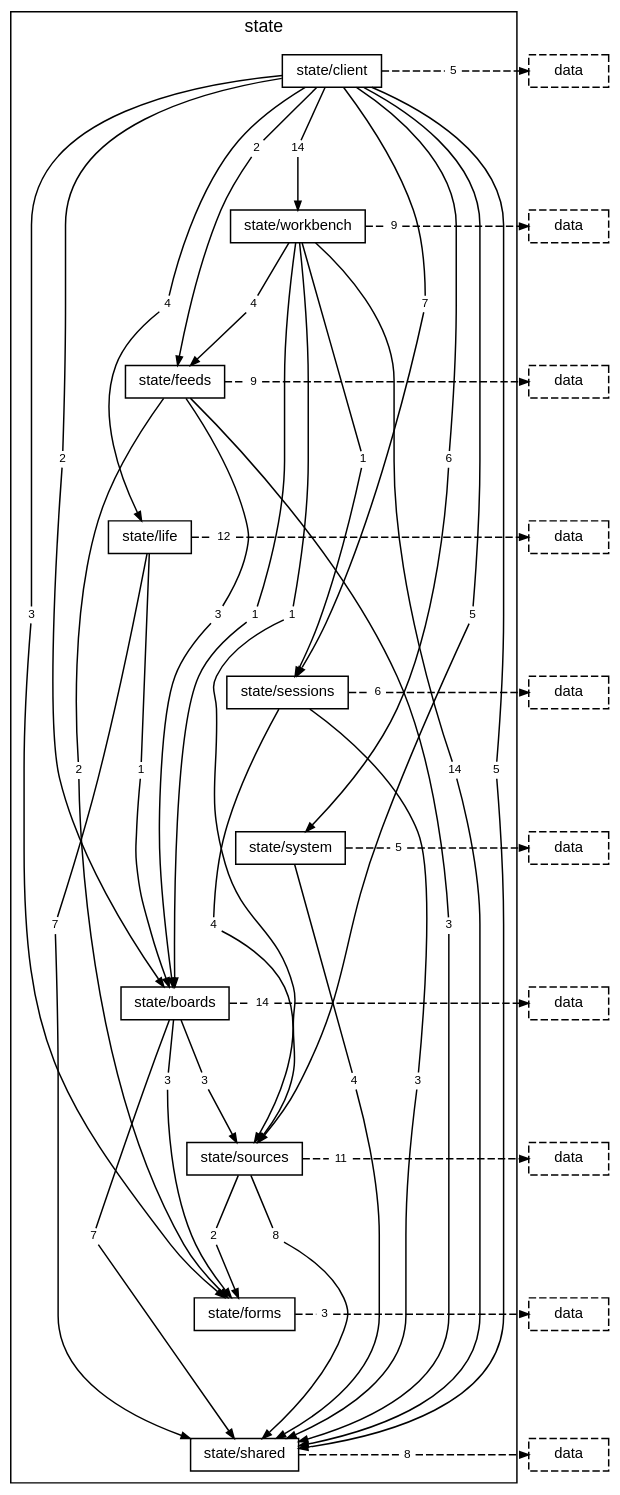
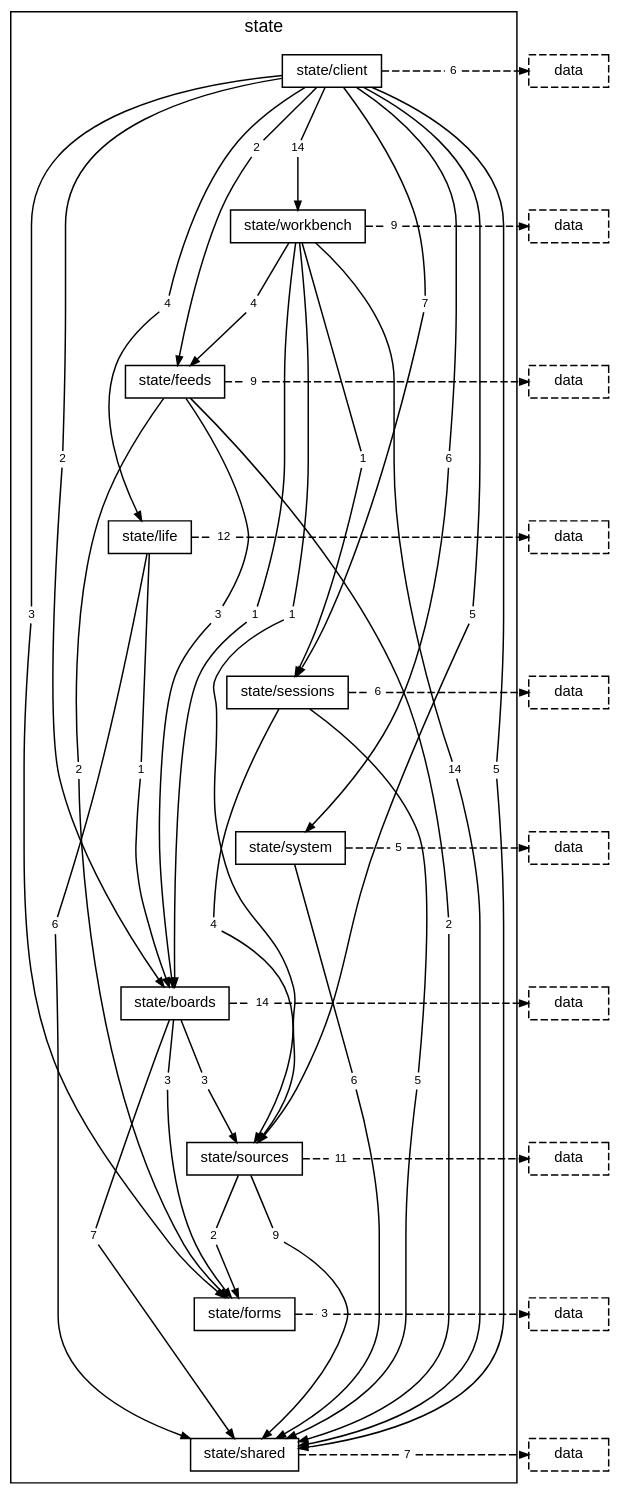
One commit to TheAxeC/oculus changed the diagram in docs/diagrams/layer-state.dot. Above: the diagram before and after it, drawn with Graphviz. The commit also changed 50 other files, not shown here.

```diff
--- a/docs/diagrams/layer-state.dot
+++ b/docs/diagrams/layer-state.dot
@@ -23,7 +23,7 @@
         "folder state/client to folder state/sources" [label="5", shape=box, color="transparent", fontsize=8, width=0, height=0, margin="0.04,0.02"];
         "folder state/client to folder state/system" [label="6", shape=box, color="transparent", fontsize=8, width=0, height=0, margin="0.04,0.02"];
         "folder state/client to folder state/workbench" [label="14", shape=box, color="transparent", fontsize=8, width=0, height=0, margin="0.04,0.02"];
-        "folder state/client to layer data" [label="5", shape=box, color="transparent", fontsize=8, width=0, height=0, margin="0.04,0.02"];
+        "folder state/client to layer data" [label="6", shape=box, color="transparent", fontsize=8, width=0, height=0, margin="0.04,0.02"];
         "folder state/workbench to folder state/boards" [label="1", shape=box, color="transparent", fontsize=8, width=0, height=0, margin="0.04,0.02"];
         "folder state/workbench to folder state/feeds" [label="4", shape=box, color="transparent", fontsize=8, width=0, height=0, margin="0.04,0.02"];
         "folder state/workbench to folder state/sessions" [label="1", shape=box, color="transparent", fontsize=8, width=0, height=0, margin="0.04,0.02"];
@@ -32,25 +32,25 @@
         "folder state/workbench to layer data" [label="9", shape=box, color="transparent", fontsize=8, width=0, height=0, margin="0.04,0.02"];
         "folder state/feeds to folder state/boards" [label="3", shape=box, color="transparent", fontsize=8, width=0, height=0, margin="0.04,0.02"];
         "folder state/feeds to folder state/forms" [label="2", shape=box, color="transparent", fontsize=8, width=0, height=0, margin="0.04,0.02"];
-        "folder state/feeds to folder state/shared" [label="3", shape=box, color="transparent", fontsize=8, width=0, height=0, margin="0.04,0.02"];
+        "folder state/feeds to folder state/shared" [label="2", shape=box, color="transparent", fontsize=8, width=0, height=0, margin="0.04,0.02"];
         "folder state/feeds to layer data" [label="9", shape=box, color="transparent", fontsize=8, width=0, height=0, margin="0.04,0.02"];
         "folder state/life to folder state/boards" [label="1", shape=box, color="transparent", fontsize=8, width=0, height=0, margin="0.04,0.02"];
-        "folder state/life to folder state/shared" [label="7", shape=box, color="transparent", fontsize=8, width=0, height=0, margin="0.04,0.02"];
+        "folder state/life to folder state/shared" [label="6", shape=box, color="transparent", fontsize=8, width=0, height=0, margin="0.04,0.02"];
         "folder state/life to layer data" [label="12", shape=box, color="transparent", fontsize=8, width=0, height=0, margin="0.04,0.02"];
-        "folder state/sessions to folder state/shared" [label="3", shape=box, color="transparent", fontsize=8, width=0, height=0, margin="0.04,0.02"];
+        "folder state/sessions to folder state/shared" [label="5", shape=box, color="transparent", fontsize=8, width=0, height=0, margin="0.04,0.02"];
         "folder state/sessions to folder state/sources" [label="4", shape=box, color="transparent", fontsize=8, width=0, height=0, margin="0.04,0.02"];
         "folder state/sessions to layer data" [label="6", shape=box, color="transparent", fontsize=8, width=0, height=0, margin="0.04,0.02"];
-        "folder state/system to folder state/shared" [label="4", shape=box, color="transparent", fontsize=8, width=0, height=0, margin="0.04,0.02"];
+        "folder state/system to folder state/shared" [label="6", shape=box, color="transparent", fontsize=8, width=0, height=0, margin="0.04,0.02"];
         "folder state/system to layer data" [label="5", shape=box, color="transparent", fontsize=8, width=0, height=0, margin="0.04,0.02"];
         "folder state/boards to folder state/forms" [label="3", shape=box, color="transparent", fontsize=8, width=0, height=0, margin="0.04,0.02"];
         "folder state/boards to folder state/shared" [label="7", shape=box, color="transparent", fontsize=8, width=0, height=0, margin="0.04,0.02"];
         "folder state/boards to folder state/sources" [label="3", shape=box, color="transparent", fontsize=8, width=0, height=0, margin="0.04,0.02"];
         "folder state/boards to layer data" [label="14", shape=box, color="transparent", fontsize=8, width=0, height=0, margin="0.04,0.02"];
         "folder state/sources to folder state/forms" [label="2", shape=box, color="transparent", fontsize=8, width=0, height=0, margin="0.04,0.02"];
-        "folder state/sources to folder state/shared" [label="8", shape=box, color="transparent", fontsize=8, width=0, height=0, margin="0.04,0.02"];
+        "folder state/sources to folder state/shared" [label="9", shape=box, color="transparent", fontsize=8, width=0, height=0, margin="0.04,0.02"];
         "folder state/sources to layer data" [label="11", shape=box, color="transparent", fontsize=8, width=0, height=0, margin="0.04,0.02"];
         "folder state/forms to layer data" [label="3", shape=box, color="transparent", fontsize=8, width=0, height=0, margin="0.04,0.02"];
-        "folder state/shared to layer data" [label="8", shape=box, color="transparent", fontsize=8, width=0, height=0, margin="0.04,0.02"];
+        "folder state/shared to layer data" [label="7", shape=box, color="transparent", fontsize=8, width=0, height=0, margin="0.04,0.02"];
     }
     "layer data from folder state/client" [label="data", style=dashed];
     "layer data from folder state/workbench" [label="data", style=dashed];
```
